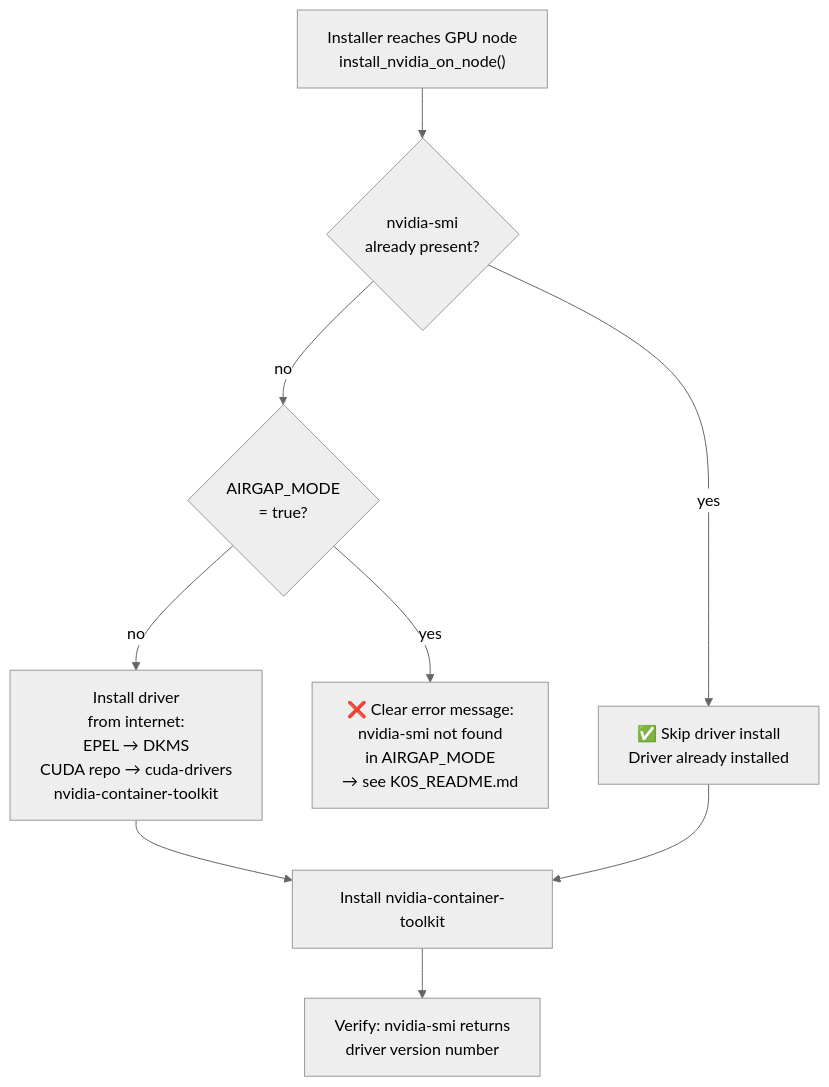
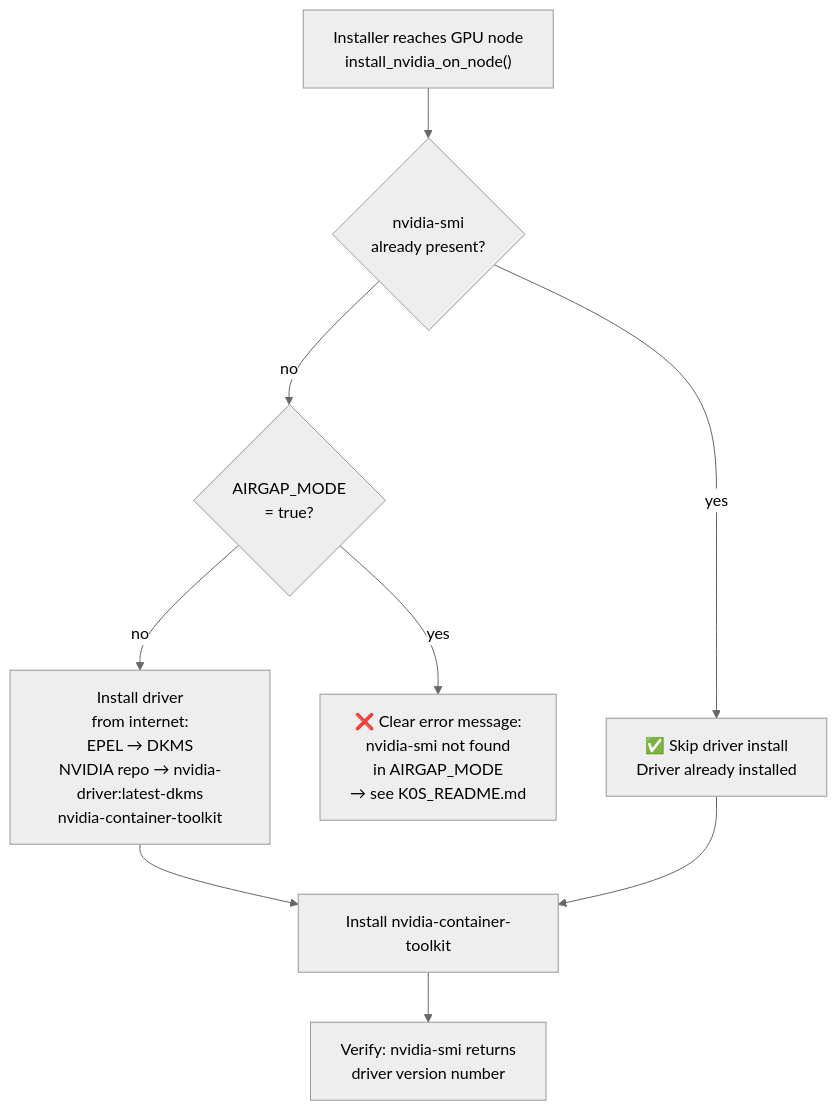
The ninth of 11 diagrams in tools/cluster_setup/DEPLOYMENT_GUIDE.md (splunk/splunk-ai-operator), drawn with Mermaid (neutral theme) before and after one commit. The commit also changed other lines of this file and 2 other files, not shown here.

Commit message:
feat: pre-install gpu drivers offline

````diff
--- a/tools/cluster_setup/DEPLOYMENT_GUIDE.md
+++ b/tools/cluster_setup/DEPLOYMENT_GUIDE.md
@@ -549,20 +549,20 @@
 ```mermaid
 flowchart TD
     INSTALLER["Installer reaches GPU node\ninstall_nvidia_on_node()"]
     CHECK{"nvidia-smi\nalready present?"}
     SKIP["✅ Skip driver install\nDriver already installed"]
     AIRGAP_CHECK{"AIRGAP_MODE\n= true?"}
     FAIL["❌ Clear error message:\nnvidia-smi not found\nin AIRGAP_MODE\n→ see K0S_README.md"]
-    INSTALL["Install driver\nfrom internet:\nEPEL → DKMS\nCUDA repo → cuda-drivers\nnvidia-container-toolkit"]
+    INSTALL["Install driver\nfrom internet:\nEPEL → DKMS\nNVIDIA repo → nvidia-driver:latest-dkms\nnvidia-container-toolkit"]
     CTK["Install nvidia-container-toolkit"]
     VERIFY["Verify: nvidia-smi returns\ndriver version number"]
 
     INSTALLER --> CHECK
     CHECK -->|yes| SKIP
     CHECK -->|no| AIRGAP_CHECK
     AIRGAP_CHECK -->|yes| FAIL
     AIRGAP_CHECK -->|no| INSTALL
     INSTALL --> CTK
     CTK --> VERIFY
     SKIP --> CTK
 ```
````
